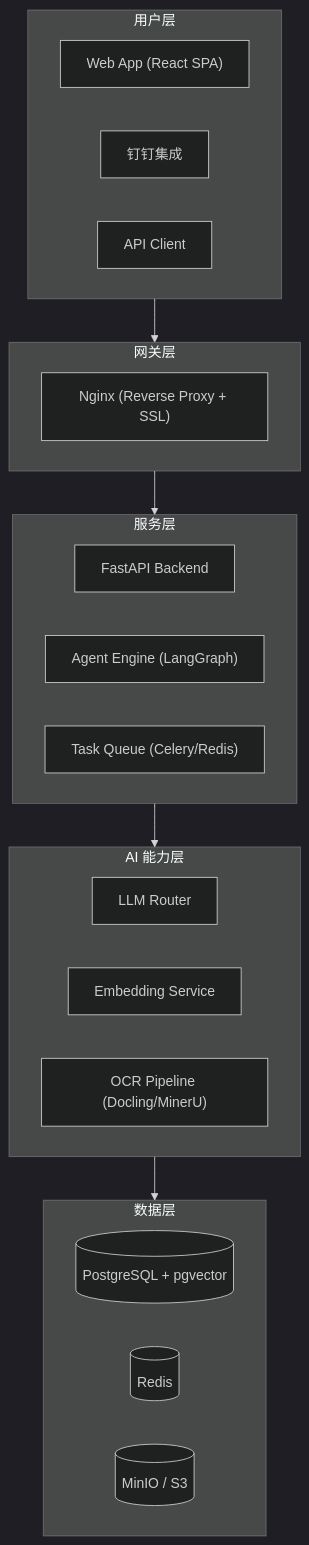
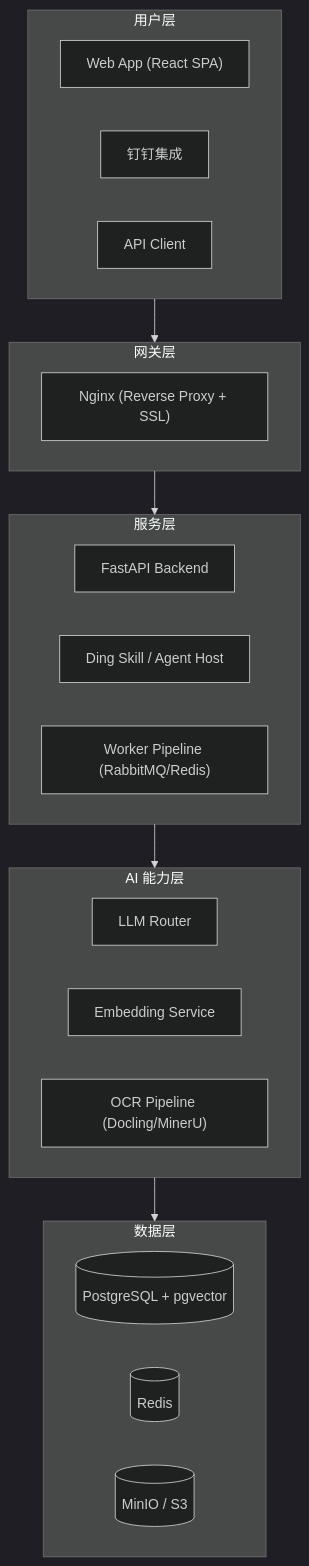
The first of 2 diagrams in docs/architecture.md (roamer-remote/FileX), drawn with Mermaid (dark theme) before and after one commit. The commit also changed other lines of this file and 22 other files, not shown here.

````diff
--- a/docs/architecture.md
+++ b/docs/architecture.md
@@ -9,31 +9,31 @@
 ```mermaid
 flowchart TB
     subgraph User["用户层"]
         SPA["Web App (React SPA)"] 
         Ding["钉钉集成"]
         Client["API Client"]
     end
     subgraph Gateway["网关层"]
         Nginx["Nginx (Reverse Proxy + SSL)"]
     end
     subgraph Service["服务层"]
         FastAPI["FastAPI Backend"]
-        Agent["Agent Engine (LangGraph)"]
-        Queue["Task Queue (Celery/Redis)"]
+        Skill["Ding Skill / Agent Host"]
+        Queue["Worker Pipeline (RabbitMQ/Redis)"]
     end
     subgraph AI["AI 能力层"]
         LLM["LLM Router"]
         Embed["Embedding Service"]
         OCR["OCR Pipeline (Docling/MinerU)"]
     end
     subgraph Data["数据层"]
         PG[("PostgreSQL + pgvector")]
         Cache[("Redis")]
         Storage[("MinIO / S3")]
     end
 
     User --> Gateway
     Gateway --> Service
     Service --> AI
     AI --> Data
 ```
````
